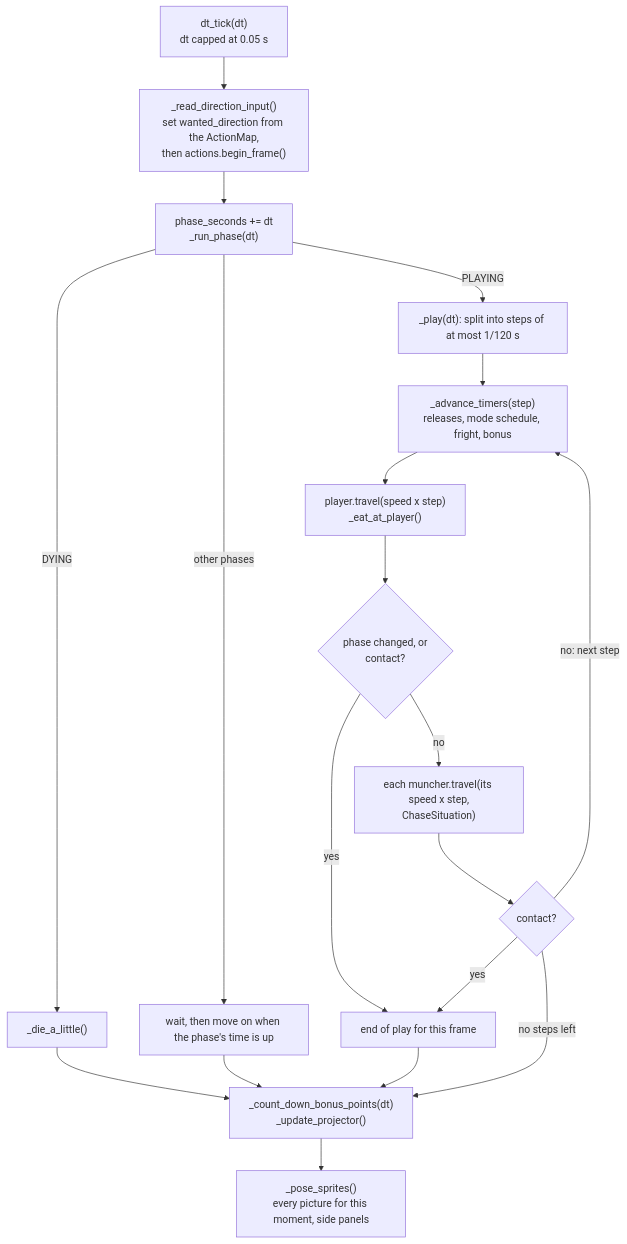
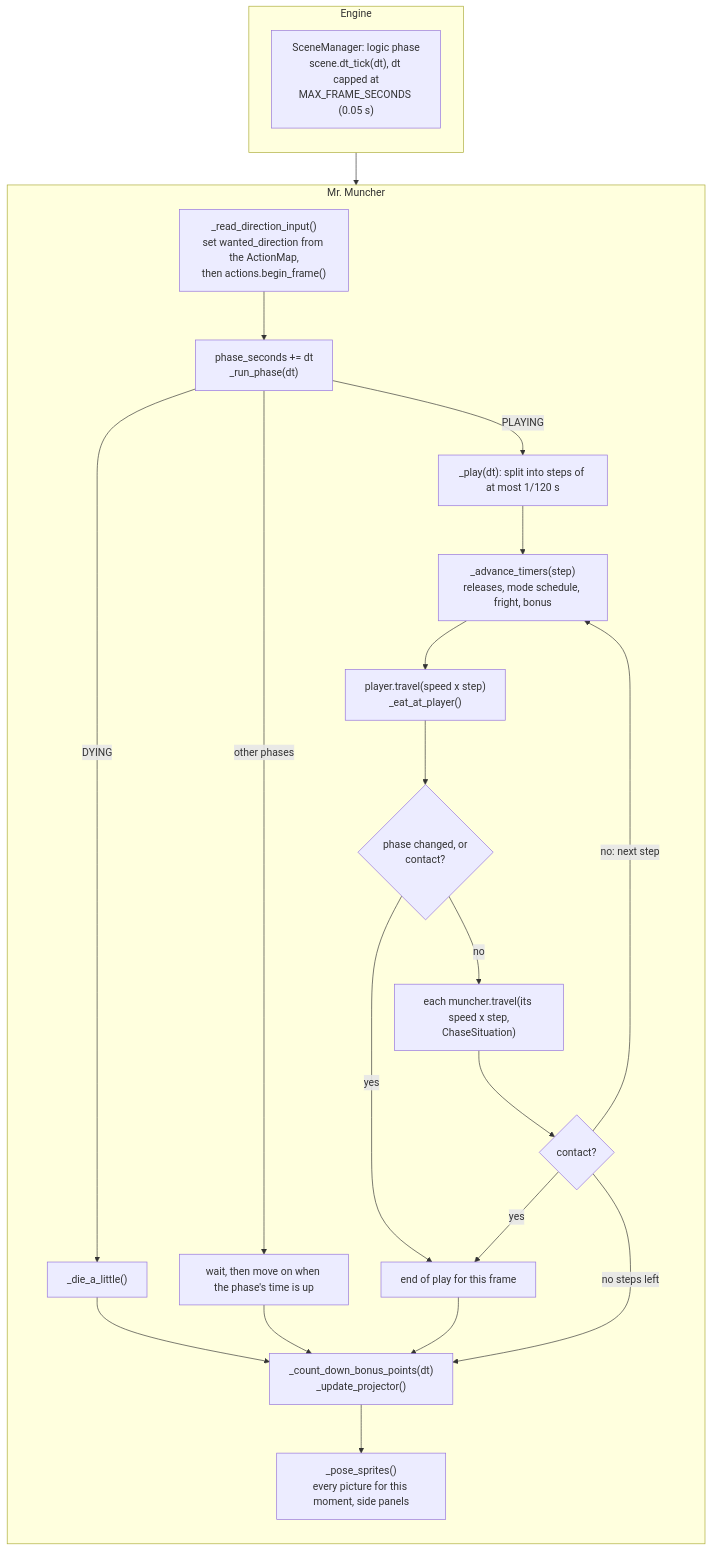
The fifth of 7 diagrams in docs/games/mr_muncher.md (terrysimons/glitchygames), drawn with Mermaid before and after one commit. The commit also changed other lines of this file and 5 other files, not shown here.

First line of the commit message:
Docs: every diagram that mixes engine and game code shows the split

````diff
--- a/docs/games/mr_muncher.md
+++ b/docs/games/mr_muncher.md
@@ -394,21 +464,29 @@
 ```mermaid
 flowchart TB
-    A["dt_tick(dt)<br/>dt capped at 0.05 s"] --> B["_read_direction_input()<br/>set wanted_direction from the ActionMap,<br/>then actions.begin_frame()"]
-    B --> C["phase_seconds += dt<br/>_run_phase(dt)"]
-    C -->|PLAYING| P["_play(dt): split into steps of at most 1/120 s"]
-    C -->|DYING| D["_die_a_little()"]
-    C -->|other phases| W["wait, then move on when the phase's time is up"]
-    P --> S1["_advance_timers(step)<br/>releases, mode schedule, fright, bonus"]
-    S1 --> S2["player.travel(speed x step)<br/>_eat_at_player()"]
-    S2 --> S3{"phase changed, or<br/>contact?"}
-    S3 -->|yes| E["end of play for this frame"]
-    S3 -->|no| S4["each muncher.travel(its speed x step,<br/>ChaseSituation)"]
-    S4 --> S5{"contact?"}
-    S5 -->|yes| E
-    S5 -->|"no: next step"| S1
-    D --> F
-    W --> F
-    E --> F["_count_down_bonus_points(dt)<br/>_update_projector()"]
-    S5 -->|no steps left| F
-    F --> G["_pose_sprites()<br/>every picture for this moment, side panels"]
+    subgraph ENGINE_FRAME["Engine"]
+        direction TB
+        A["SceneManager: logic phase<br/>scene.dt_tick(dt), dt capped at<br/>MAX_FRAME_SECONDS (0.05 s)"]
+    end
+    subgraph GAME_FRAME["Mr. Muncher"]
+        direction TB
+        B["_read_direction_input()<br/>set wanted_direction from the ActionMap,<br/>then actions.begin_frame()"]
+        B --> C["phase_seconds += dt<br/>_run_phase(dt)"]
+        C -->|PLAYING| P["_play(dt): split into steps of at most 1/120 s"]
+        C -->|DYING| D["_die_a_little()"]
+        C -->|other phases| W["wait, then move on when the phase's time is up"]
+        P --> S1["_advance_timers(step)<br/>releases, mode schedule, fright, bonus"]
+        S1 --> S2["player.travel(speed x step)<br/>_eat_at_player()"]
+        S2 --> S3{"phase changed, or<br/>contact?"}
+        S3 -->|yes| E["end of play for this frame"]
+        S3 -->|no| S4["each muncher.travel(its speed x step,<br/>ChaseSituation)"]
+        S4 --> S5{"contact?"}
+        S5 -->|yes| E
+        S5 -->|"no: next step"| S1
+        D --> F
+        W --> F
+        E --> F["_count_down_bonus_points(dt)<br/>_update_projector()"]
+        S5 -->|no steps left| F
+        F --> G["_pose_sprites()<br/>every picture for this moment, side panels"]
+    end
+    A --> B
 ```
````
